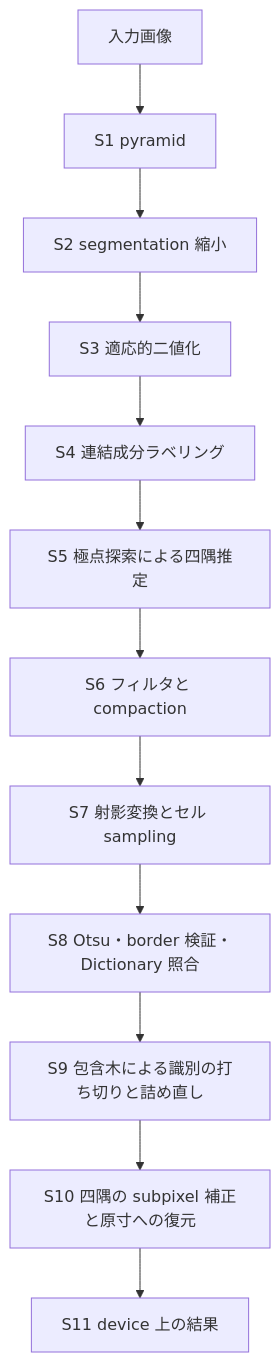
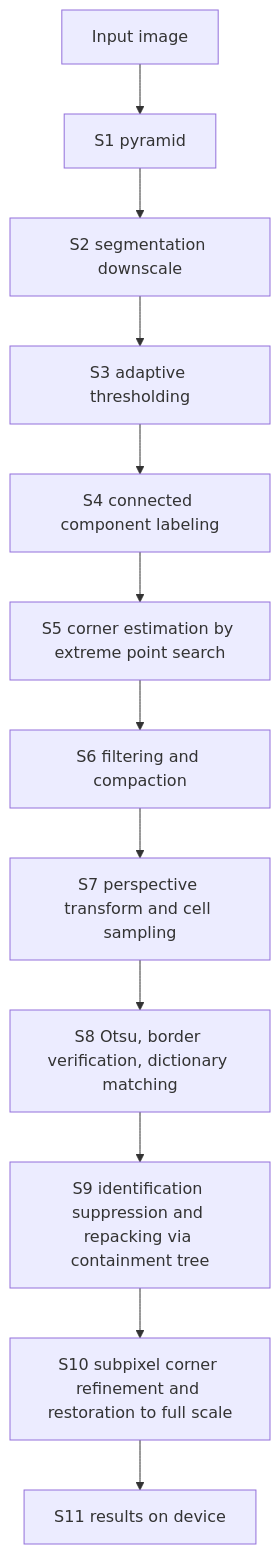
The diagram in docs/implementation-plan.md (MasakazuTobeta/ArUco3-CUDA), drawn with Mermaid before and after one commit. The commit also changed other lines of this file and 187 other files, not shown here.

````diff
--- a/docs/implementation-plan.md
+++ b/docs/implementation-plan.md
@@ -34,14 +34,14 @@
 ```mermaid
 flowchart TD
-    IN["入力画像"] --> S1["S1 pyramid"]
-    S1 --> S2["S2 segmentation 縮小"]
-    S2 --> S3["S3 適応的二値化"]
-    S3 --> S4["S4 連結成分ラベリング"]
-    S4 --> S5["S5 極点探索による四隅推定"]
-    S5 --> S6["S6 フィルタと compaction"]
-    S6 --> S7["S7 射影変換とセル sampling"]
-    S7 --> S8["S8 Otsu・border 検証・Dictionary 照合"]
-    S8 --> S9["S9 包含木による識別の打ち切りと詰め直し"]
-    S9 --> S10["S10 四隅の subpixel 補正と原寸への復元"]
-    S10 --> S11["S11 device 上の結果"]
+    IN["Input image"] --> S1["S1 pyramid"]
+    S1 --> S2["S2 segmentation downscale"]
+    S2 --> S3["S3 adaptive thresholding"]
+    S3 --> S4["S4 connected component labeling"]
+    S4 --> S5["S5 corner estimation by extreme point search"]
+    S5 --> S6["S6 filtering and compaction"]
+    S6 --> S7["S7 perspective transform and cell sampling"]
+    S7 --> S8["S8 Otsu, border verification, dictionary matching"]
+    S8 --> S9["S9 identification suppression and repacking via containment tree"]
+    S9 --> S10["S10 subpixel corner refinement and restoration to full scale"]
+    S10 --> S11["S11 results on device"]
 ```
````
